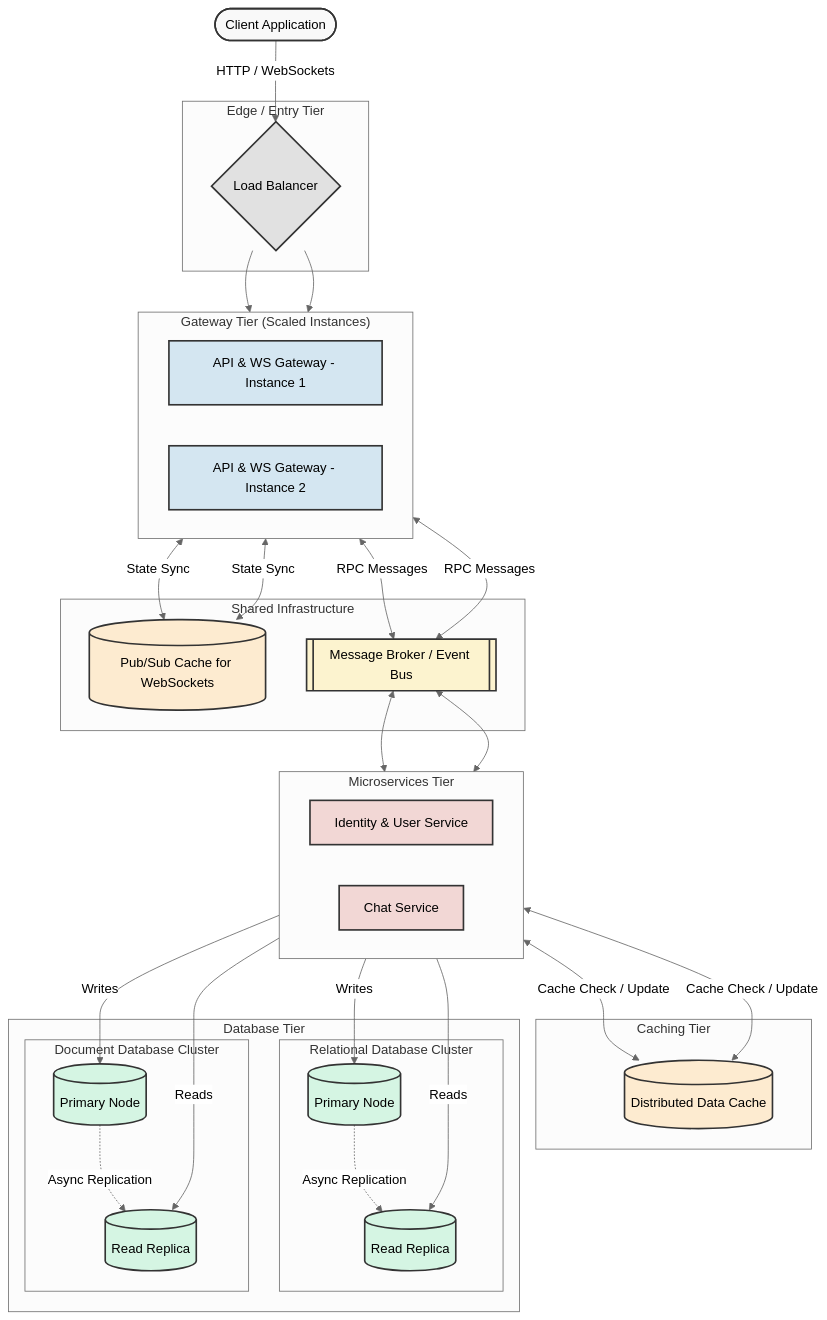
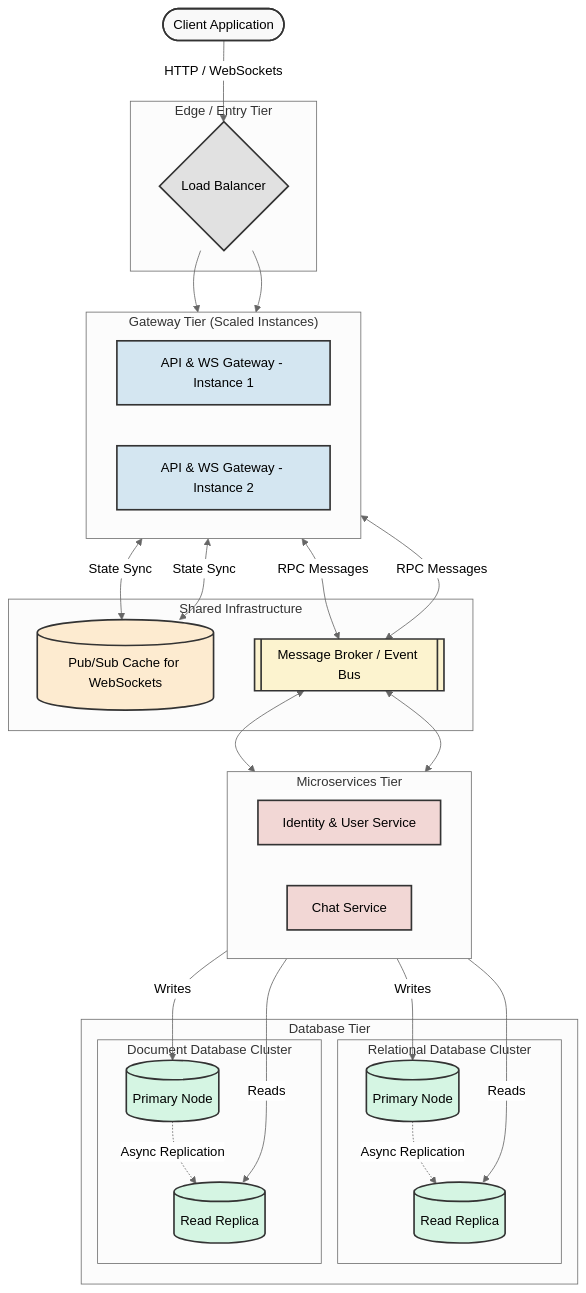
The diagram in README.md (vunhat0501/messenger-clone-microservice), drawn with Mermaid (neutral theme) before and after one commit. The commit also changed 26 other files, not shown here.

````diff
--- a/README.md
+++ b/README.md
@@ -224,81 +224,73 @@
 ```mermaid
 flowchart TB
   classDef client fill:#f9f9f9,stroke:#333,stroke-width:2px,color:black;
   classDef edge fill:#e1e1e1,stroke:#333,stroke-width:2px,color:black;
   classDef gateway fill:#d4e6f1,stroke:#333,stroke-width:2px,color:black;
   classDef broker fill:#fcf3cf,stroke:#333,stroke-width:2px,color:black;
   classDef service fill:#f2d7d5,stroke:#333,stroke-width:2px,color:black;
   classDef cache fill:#fdebd0,stroke:#333,stroke-width:2px,color:black;
   classDef db fill:#d5f5e3,stroke:#333,stroke-width:2px,color:black;
 
   Client([Client Application]):::client
 
   subgraph Edge ["Edge / Entry Tier"]
     LB{Load Balancer}:::edge
   end
 
   subgraph Gateways ["Gateway Tier (Scaled Instances)"]
     direction LR
     GW1[API & WS Gateway - Instance 1]:::gateway
     GW2[API & WS Gateway - Instance 2]:::gateway
   end
 
   subgraph Infrastructure ["Shared Infrastructure"]
     PubSub[(Pub/Sub Cache for WebSockets)]:::cache
     Broker[[Message Broker / Event Bus]]:::broker
   end
 
   subgraph Services ["Microservices Tier"]
     direction LR
     AuthSvc[Identity & User Service]:::service
     ChatSvc[Chat Service]:::service
   end
 
-  subgraph Caching ["Caching Tier"]
-    DataCache[(Distributed Data Cache)]:::cache
-  end
-
   subgraph Databases ["Database Tier"]
     subgraph RelationalDB ["Relational Database Cluster"]
       SQL_Pri[(Primary Node)]:::db
       SQL_Rep[(Read Replica)]:::db
     end
 
     subgraph DocumentDB ["Document Database Cluster"]
       NoSQL_Pri[(Primary Node)]:::db
       NoSQL_Rep[(Read Replica)]:::db
     end
   end
 
   %% Client to Edge
   Client -->|HTTP / WebSockets| LB
 
   %% Load Balancing to Gateways
   LB --> GW1
   LB --> GW2
 
   %% Gateway WebSocket Syncing
   GW1 <-->|State Sync| PubSub
   GW2 <-->|State Sync| PubSub
 
   %% Gateway to Microservices via Broker
   GW1 <-->|RPC Messages| Broker
   GW2 <-->|RPC Messages| Broker
 
   Broker <--> AuthSvc
   Broker <--> ChatSvc
 
-  %% Services to Data Cache
-  AuthSvc <-->|Cache Check / Update| DataCache
-  ChatSvc <-->|Cache Check / Update| DataCache
-
   %% Services to Relational Database
   AuthSvc -->|Writes| SQL_Pri
   AuthSvc -->|Reads| SQL_Rep
   SQL_Pri -.->|Async Replication| SQL_Rep
 
   %% Services to Document Database
   ChatSvc -->|Writes| NoSQL_Pri
   ChatSvc -->|Reads| NoSQL_Rep
   NoSQL_Pri -.->|Async Replication| NoSQL_Rep
 ```
````
